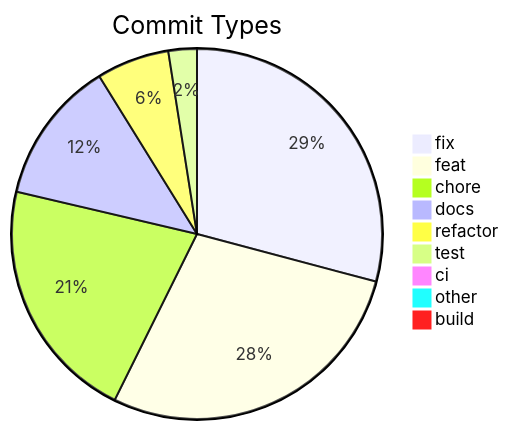
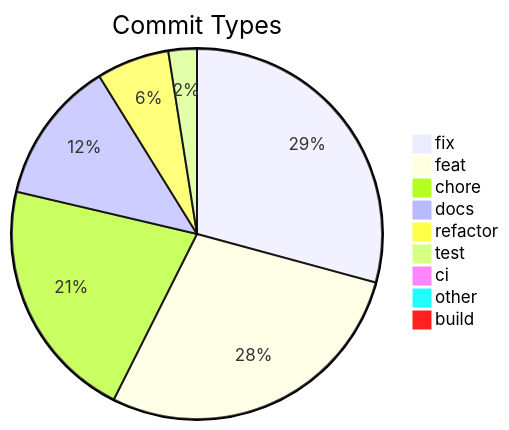
The diagram in .shipwright/compliance/change-history.md (svenroth-ai/shipwright), drawn with Mermaid before and after one commit. The commit also changed other lines of this file and 9 other files, not shown here.

````diff
--- a/.shipwright/compliance/change-history.md
+++ b/.shipwright/compliance/change-history.md
@@ -8,12 +8,12 @@
 ```mermaid
 pie title Commit Types
-    "fix" : 340
+    "fix" : 341
     "feat" : 329
-    "chore" : 249
+    "chore" : 248
     "docs" : 146
     "refactor" : 74
     "test" : 29
     "ci" : 11
     "other" : 9
     "build" : 1
 ```
````
